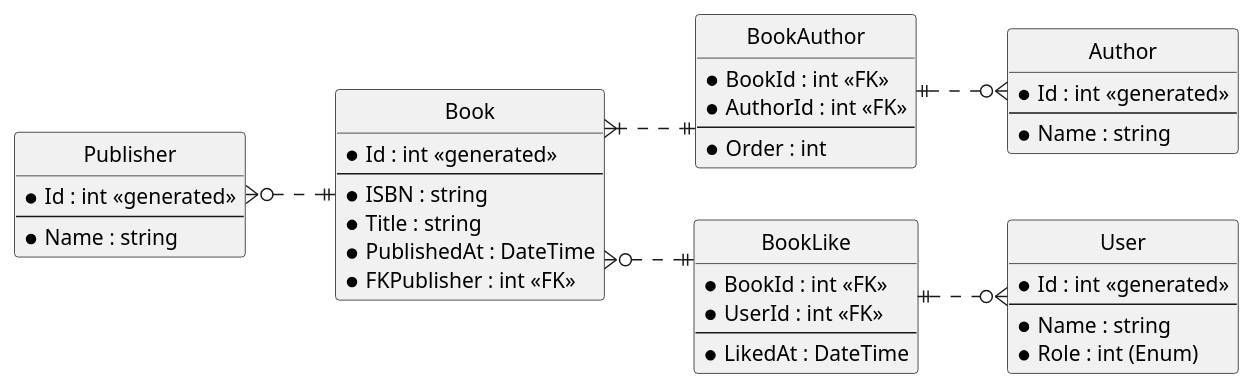
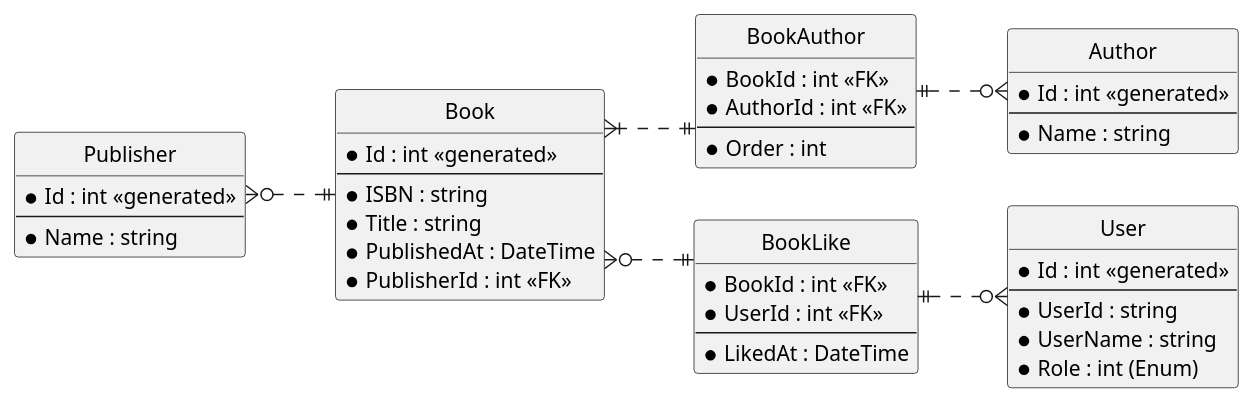
Before and after one commit to nftug/BookApi: the diagram in Diagrams/ERModel.pu, drawn with PlantUML. The commit also changed 14 other files, not shown here.

```diff
--- a/Diagrams/ERModel.pu
+++ b/Diagrams/ERModel.pu
@@ -1,57 +1,58 @@
 @startuml BookApi_ERModel
 
 hide method
 hide circle
 skinparam DefaultFontName Helvetica
 skinparam linetype ortho
 left to right direction
 
 entity User {
     * Id : int <<generated>>
     --
-    * Name : string
+    * UserId : string
+    * UserName : string
     * Role : int (Enum)
 }
 
 entity Author {
     * Id : int <<generated>>
     --
     * Name : string
 }
 
 entity Publisher {
     * Id : int <<generated>>
     --
     * Name : string
 }
 
 entity Book {
     * Id : int <<generated>>
     --
     * ISBN : string
     * Title : string
     * PublishedAt : DateTime
-    * FKPublisher : int <<FK>>
+    * PublisherId : int <<FK>>
 }
 
 entity BookAuthor {
     * BookId : int <<FK>>
     * AuthorId : int <<FK>>
     --
     * Order : int
 }
 
 entity BookLike {
     * BookId : int <<FK>>
     * UserId : int <<FK>>
     --
     * LikedAt : DateTime
 }
 
 Book ||.up.o{ Publisher
 Book }|..|| BookAuthor
 BookAuthor ||..o{ Author
 
 Book }o..|| BookLike
 BookLike ||..o{ User
 @enduml
```
